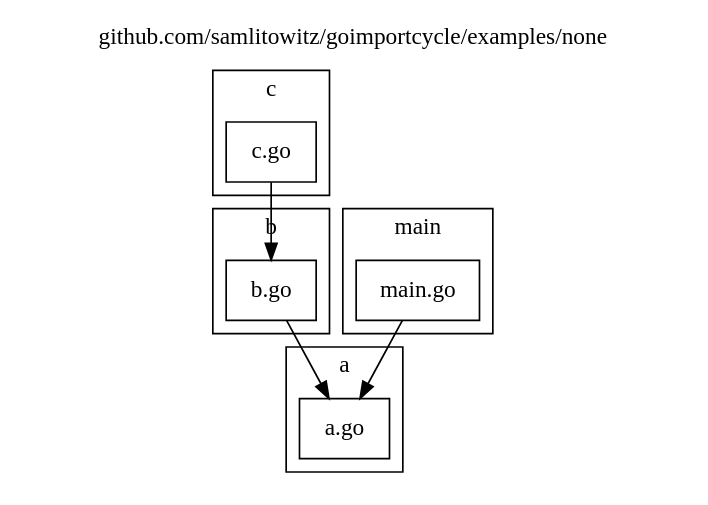
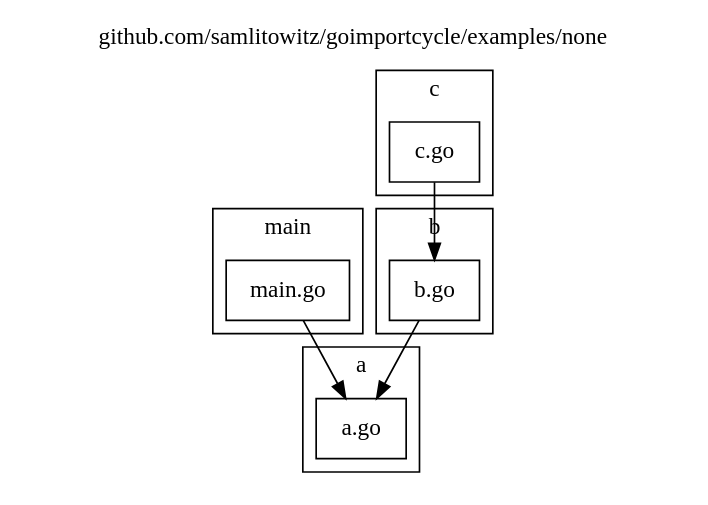
The diagram in assets/examples/none/file.dot (samlitowitz/goimportcycle), drawn with Graphviz before and after one commit. The commit also changed other lines of this file and 28 other files, not shown here.

```diff
--- a/assets/examples/none/file.dot
+++ b/assets/examples/none/file.dot
@@ -1,47 +1,47 @@
 
 digraph {
 	labelloc="t";
 	label="github.com/samlitowitz/goimportcycle/examples/none";
 	rankdir="TB";
 	node [shape="rect"];
-
-	subgraph cluster_pkg_a {
-		label="a";
-		style="filled";
-		fontcolor="#000000";
-		fillcolor="#ffffff";
-
-		pkg_a_file_a [label="a.go", style="filled", fontcolor="#000000", fillcolor="#ffffff"];
-	};
 
 	subgraph cluster_pkg_b {
 		label="b";
 		style="filled";
 		fontcolor="#000000";
 		fillcolor="#ffffff";
 
 		pkg_b_file_b [label="b.go", style="filled", fontcolor="#000000", fillcolor="#ffffff"];
 	};
 
 	subgraph cluster_pkg_c {
 		label="c";
 		style="filled";
 		fontcolor="#000000";
 		fillcolor="#ffffff";
 
 		pkg_c_file_c [label="c.go", style="filled", fontcolor="#000000", fillcolor="#ffffff"];
 	};
 
 	subgraph cluster_pkg_main {
 		label="main";
 		style="filled";
 		fontcolor="#000000";
 		fillcolor="#ffffff";
 
 		pkg_main_file_main [label="main.go", style="filled", fontcolor="#000000", fillcolor="#ffffff"];
 	};
 
+	subgraph cluster_pkg_a {
+		label="a";
+		style="filled";
+		fontcolor="#000000";
+		fillcolor="#ffffff";
+
+		pkg_a_file_a [label="a.go", style="filled", fontcolor="#000000", fillcolor="#ffffff"];
+	};
+
 	pkg_b_file_b -> pkg_a_file_a [color="#000000"];
 	pkg_c_file_c -> pkg_b_file_b [color="#000000"];
 	pkg_main_file_main -> pkg_a_file_a [color="#000000"];
 }
```
